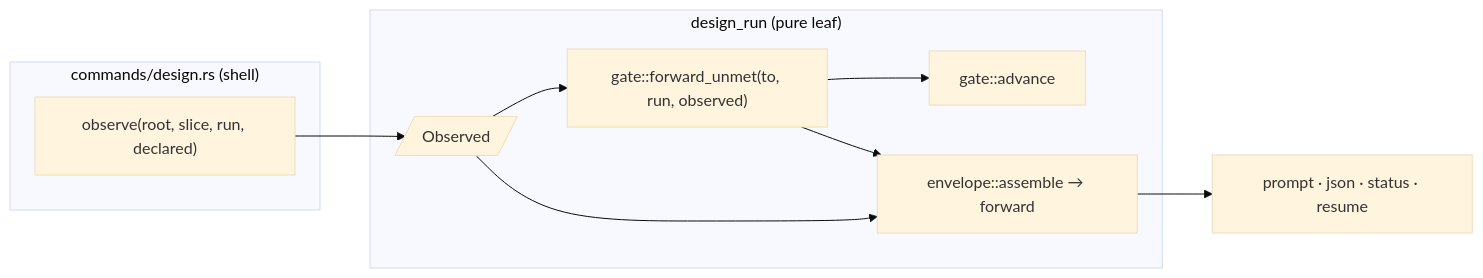
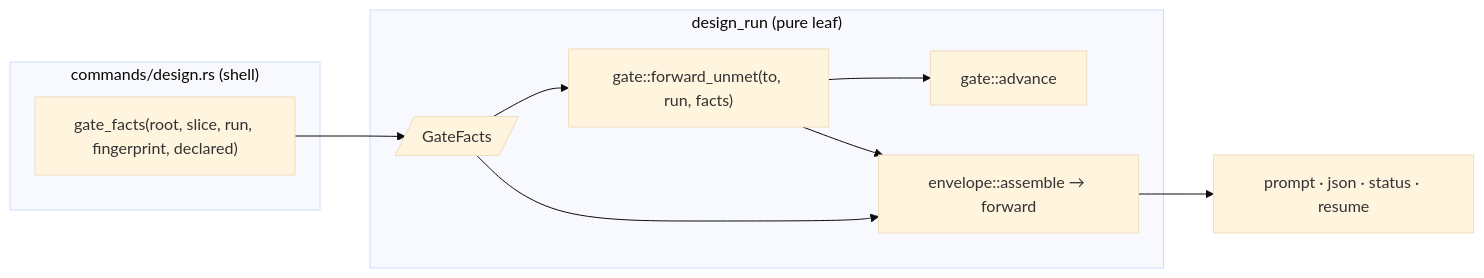
The diagram in .doctrine/slice/262/design.md (davidlee/doctrine), drawn with Mermaid (base theme) before and after one commit. The commit also changed other lines of this file and 8 other files, not shown here.

````diff
--- a/.doctrine/slice/262/design.md
+++ b/.doctrine/slice/262/design.md
@@ -36,18 +36,18 @@
 ```mermaid
 flowchart LR
   subgraph shell["commands/design.rs (shell)"]
-    observe["observe(root, slice, run, declared)"]
+    gf["gate_facts(root, slice, run, fingerprint, declared)"]
   end
   subgraph leaf["design_run (pure leaf)"]
-    observed[/"Observed"/]
-    fu["gate::forward_unmet(to, run, observed)"]
+    facts[/"GateFacts"/]
+    fu["gate::forward_unmet(to, run, facts)"]
     adv["gate::advance"]
     asm["envelope::assemble → forward"]
   end
-  observe --> observed
-  observed --> fu
-  observed --> asm
+  gf --> facts
+  facts --> fu
+  facts --> asm
   fu --> adv
   fu --> asm
   asm --> P["prompt · json · status · resume"]
 ```
````
